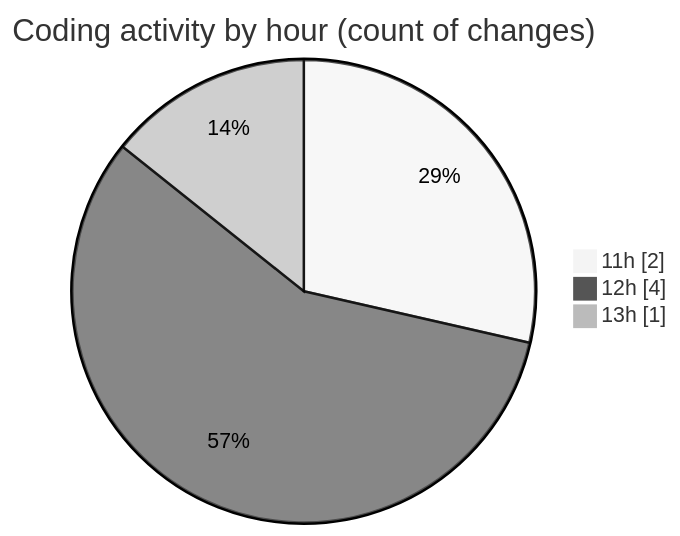
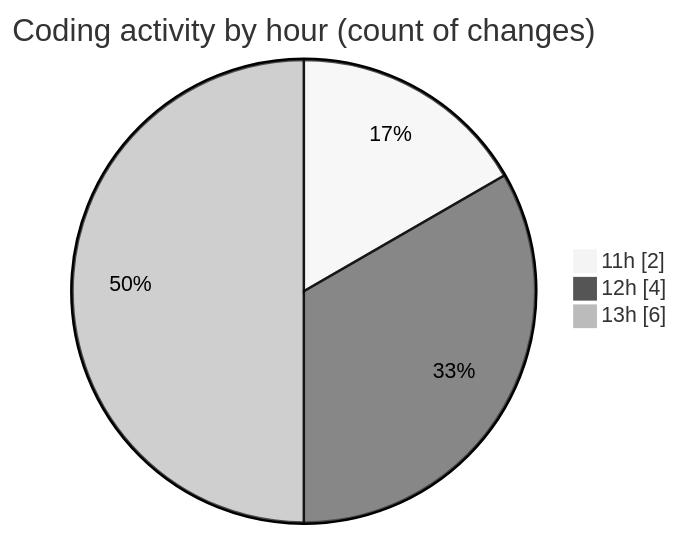
The second of 2 diagrams in 2025-12-12/cda/README.md (momahboobian/code-tracking), drawn with Mermaid (neutral theme) before and after one commit. The commit also changed other lines of this file and 1 other file, not shown here.

````diff
--- a/2025-12-12/cda/README.md
+++ b/2025-12-12/cda/README.md
@@ -34,7 +34,7 @@
 ```mermaid
 pie showData
 title Coding activity by hour (count of changes)
 "11h" : 2
 "12h" : 4
-"13h" : 1
+"13h" : 6
 ```
````
